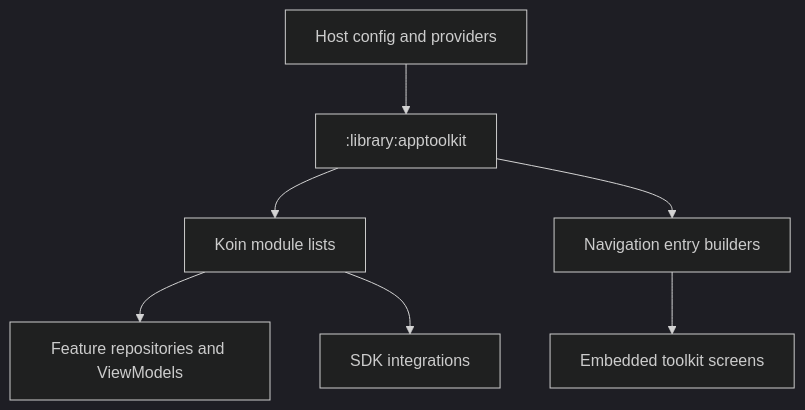
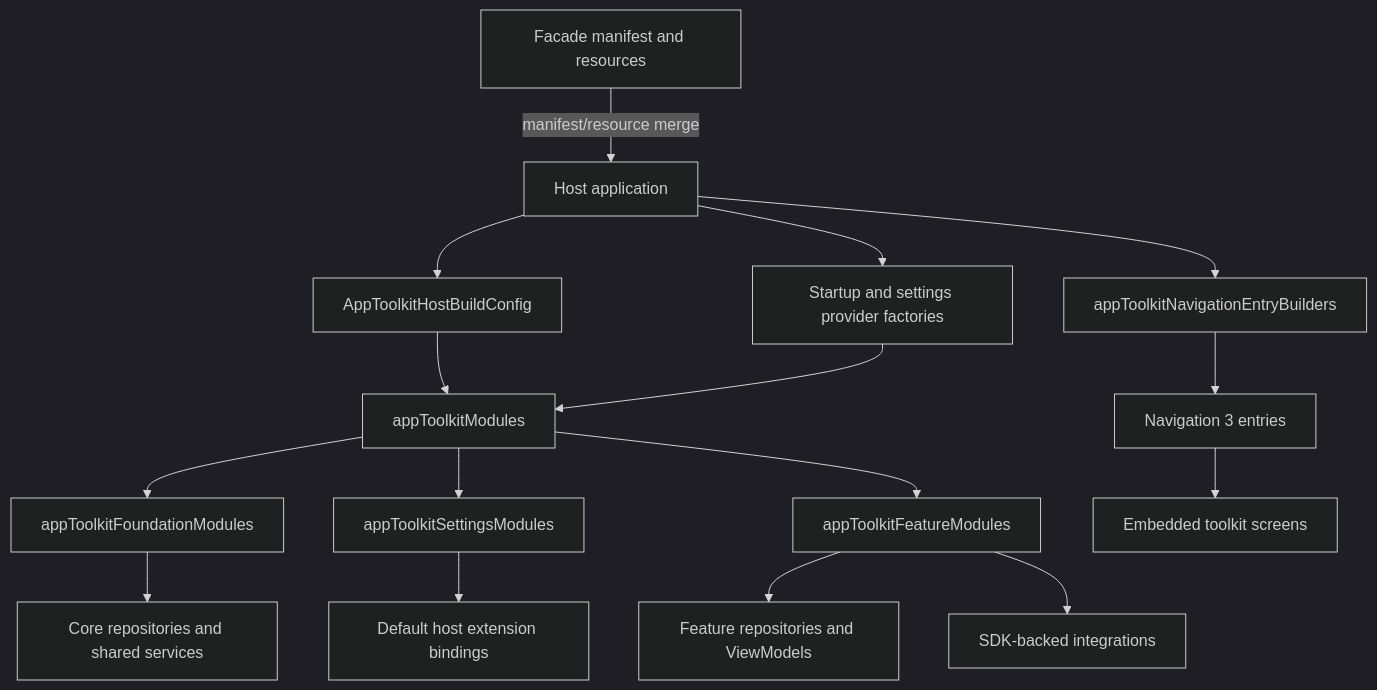
Before and after one commit to MihaiCristianCondrea/App-Toolkit-for-Android: the diagram in library/apptoolkit/README.md, drawn with Mermaid (dark theme). The commit also changed other lines of this file and 57 other files, not shown here.

````diff
--- a/library/apptoolkit/README.md
+++ b/library/apptoolkit/README.md
@@ -49,9 +49,18 @@
 ```mermaid
 flowchart TD
-    Host[Host config and providers] --> Facade[":library:apptoolkit"]
-    Facade --> DI[Koin module lists]
-    Facade --> Nav[Navigation entry builders]
-    DI --> Features[Feature repositories and ViewModels]
-    DI --> Integrations[SDK integrations]
-    Nav --> Screens[Embedded toolkit screens]
+    Host[Host application] --> Config[AppToolkitHostBuildConfig]
+    Host --> Providers[Startup and settings provider factories]
+    Config --> Modules[appToolkitModules]
+    Providers --> Modules
+    Modules --> Foundation[appToolkitFoundationModules]
+    Modules --> Settings[appToolkitSettingsModules]
+    Modules --> Features[appToolkitFeatureModules]
+    Foundation --> Core[Core repositories and shared services]
+    Settings --> ProviderDefaults[Default host extension bindings]
+    Features --> FeatureVMs[Feature repositories and ViewModels]
+    Features --> Integrations[SDK-backed integrations]
+    Host --> NavBuilders[appToolkitNavigationEntryBuilders]
+    NavBuilders --> Entries[Navigation 3 entries]
+    Entries --> Screens[Embedded toolkit screens]
+    Manifest[Facade manifest and resources] -->|manifest/resource merge| Host
 ```
````
